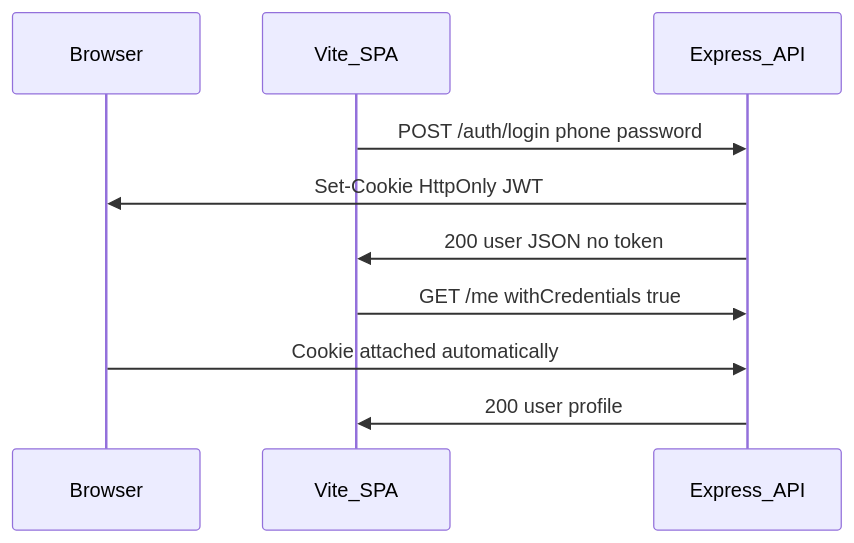
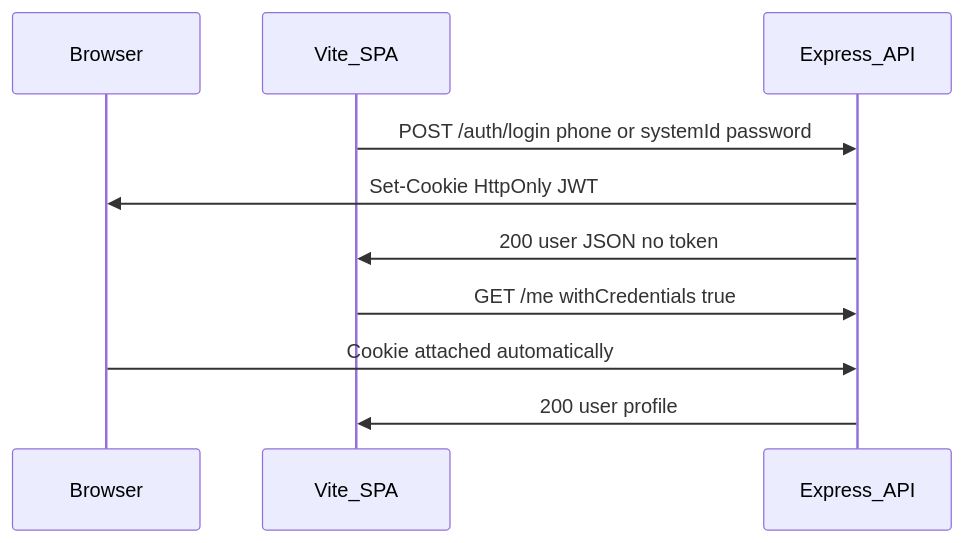
Before and after one commit to AnuragAmbekar741/community-workers-tool: the diagram in server/docs/auth.md, drawn with Mermaid. The commit also changed other lines of this file and 68 other files, not shown here.

````diff
--- a/server/docs/auth.md
+++ b/server/docs/auth.md
@@ -49,13 +72,13 @@
 ```mermaid
 sequenceDiagram
   participant Browser
   participant SPA as Vite_SPA
   participant API as Express_API
 
-  SPA->>API: POST /auth/login phone password
+  SPA->>API: POST /auth/login phone or systemId password
   API->>Browser: Set-Cookie HttpOnly JWT
   API->>SPA: 200 user JSON no token
   SPA->>API: GET /me withCredentials true
   Browser->>API: Cookie attached automatically
   API->>SPA: 200 user profile
 ```
````
